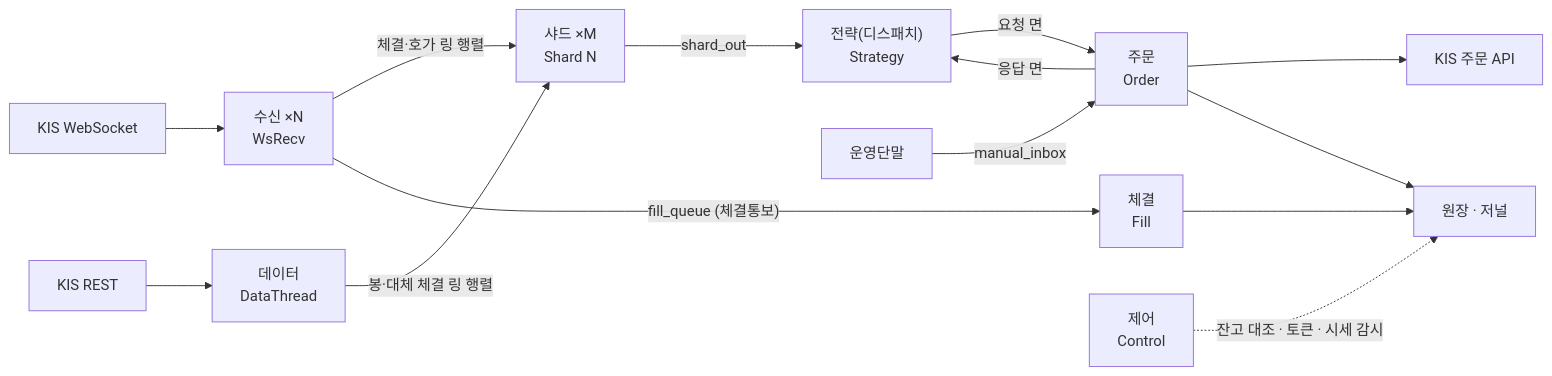
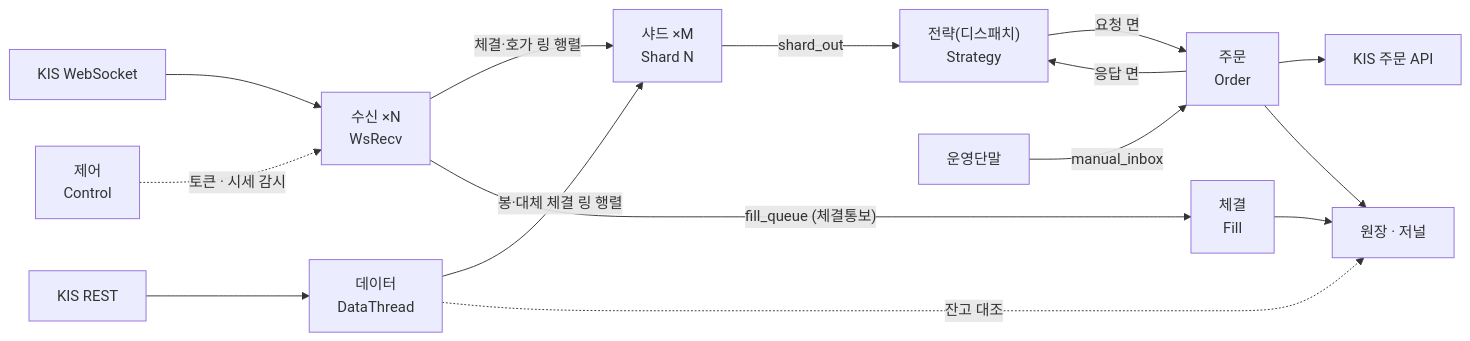
One commit to pypy8171/Quant changed the first of 2 diagrams in docs/ENGINE_ARCHITECTURE.md. Above: the diagram before and after it, drawn with Mermaid. The commit also changed other lines of this file and 6 other files, not shown here.

````diff
--- a/docs/ENGINE_ARCHITECTURE.md
+++ b/docs/ENGINE_ARCHITECTURE.md
@@ -18,16 +18,17 @@
 ```mermaid
 flowchart LR
     WS["KIS WebSocket"] --> RECV["수신 ×N<br/>WsRecv"]
     REST["KIS REST"] --> DATA["데이터<br/>DataThread"]
     RECV -- "체결·호가 링 행렬" --> SHARD["샤드 ×M<br/>Shard N"]
     DATA -- "봉·대체 체결 링 행렬" --> SHARD
     SHARD -- "shard_out" --> STRAT["전략(디스패치)<br/>Strategy"]
     STRAT -- "요청 면" --> ORDER["주문<br/>Order"]
     ORDER -- "응답 면" --> STRAT
     ORDER --> KISO["KIS 주문 API"]
     OPS["운영단말"] -- "manual_inbox" --> ORDER
     RECV -- "fill_queue (체결통보)" --> FILL["체결<br/>Fill"]
     FILL --> LEDGER["원장 · 저널"]
     ORDER --> LEDGER
-    CTRL["제어<br/>Control"] -. "잔고 대조 · 토큰 · 시세 감시" .-> LEDGER
+    DATA -. "잔고 대조" .-> LEDGER
+    CTRL["제어<br/>Control"] -. "토큰 · 시세 감시" .-> RECV
 ```
````
